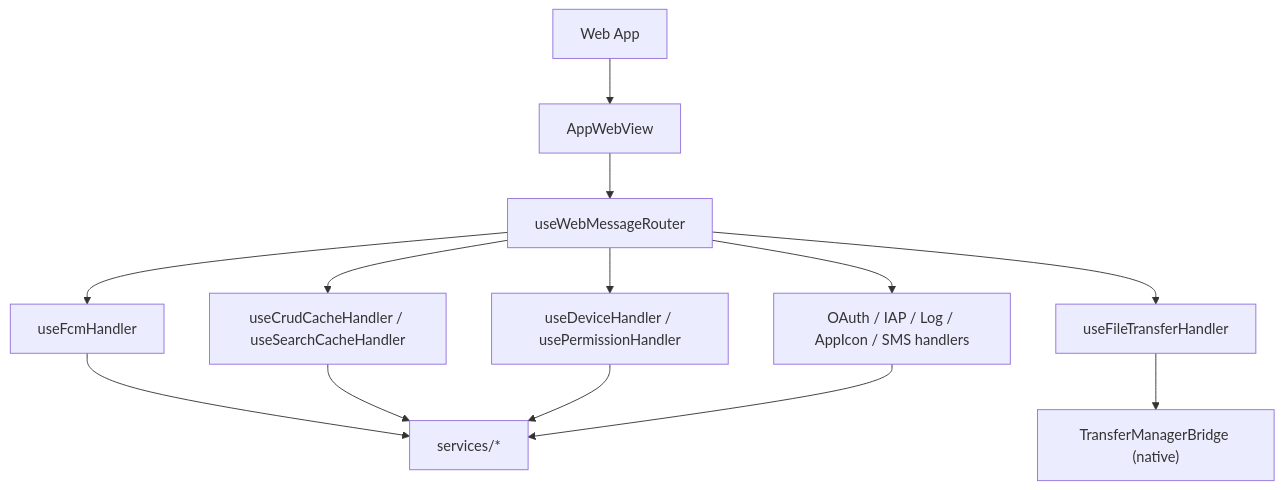
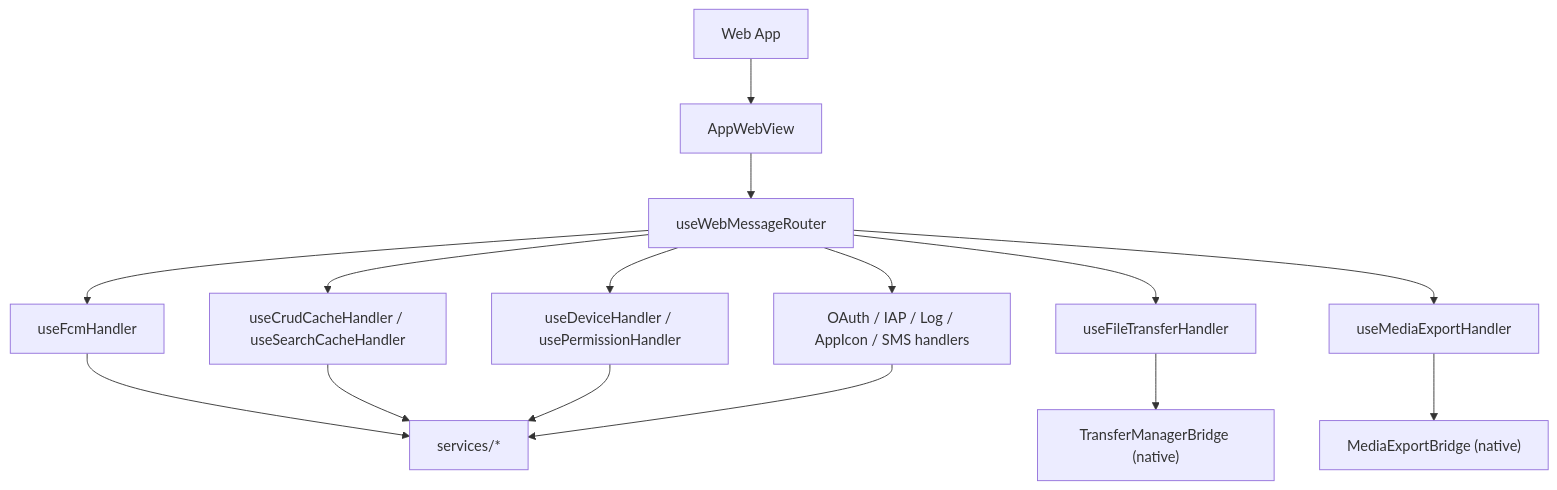
Before and after one commit to lemoncloud-io/dou-app: the first of 2 diagrams in apps/mobile/docs/webview/README.md, drawn with Mermaid. The commit also changed other lines of this file and 6 other files, not shown here.

First line of the commit message:
docs(mobile): document native downloads and media export (ADR-0152)

````diff
--- a/apps/mobile/docs/webview/README.md
+++ b/apps/mobile/docs/webview/README.md
@@ -47,15 +47,17 @@
 ```mermaid
 flowchart TD
     WebApp["Web App"] --> RNWebView["AppWebView"]
     RNWebView --> Router["useWebMessageRouter"]
     Router --> FCM["useFcmHandler"]
     Router --> Transfer["useFileTransferHandler"]
+    Router --> Media["useMediaExportHandler"]
     Router --> Cache["useCrudCacheHandler / useSearchCacheHandler"]
     Router --> Device["useDeviceHandler / usePermissionHandler"]
     Router --> Other["OAuth / IAP / Log / AppIcon / SMS handlers"]
     FCM --> Services["services/*"]
     Transfer --> Native["TransferManagerBridge (native)"]
+    Media --> Export["MediaExportBridge (native)"]
     Cache --> Services
     Device --> Services
     Other --> Services
 ```
````
